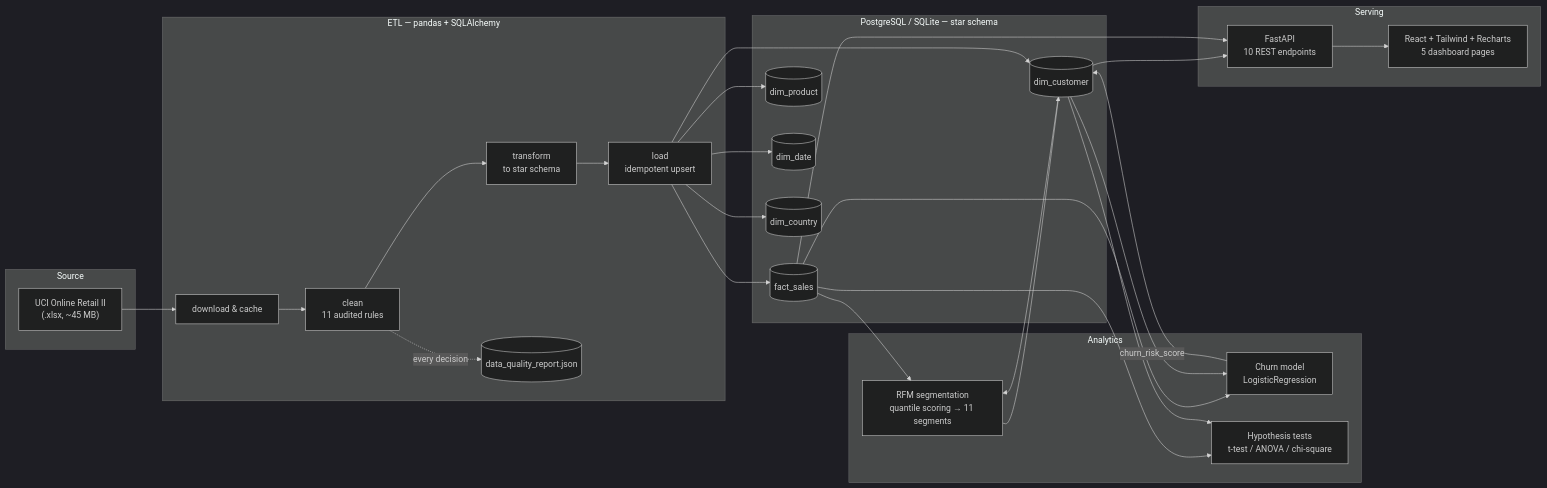
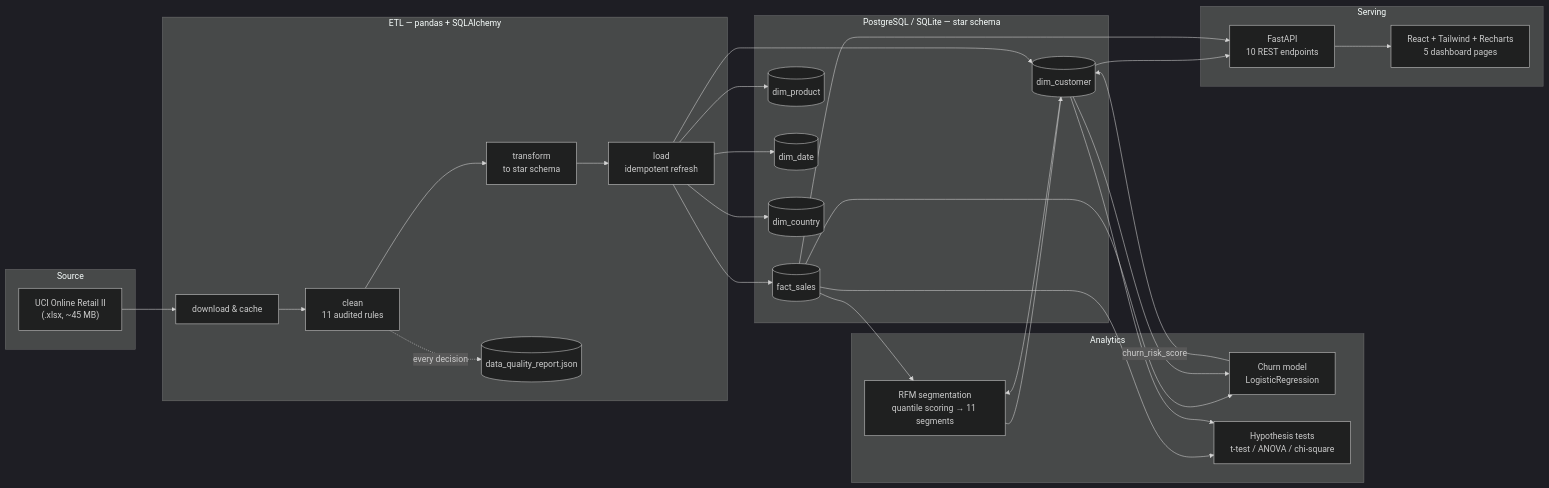
The diagram in README.md (pratyush-015/retail-customer-platform), drawn with Mermaid (dark theme) before and after one commit. The commit also changed other lines of this file and 3 other files, not shown here.

````diff
--- a/README.md
+++ b/README.md
@@ -42,41 +42,41 @@
 ```mermaid
 flowchart LR
     subgraph Source
         A["UCI Online Retail II<br/>(.xlsx, ~45 MB)"]
     end
 
     subgraph ETL["ETL — pandas + SQLAlchemy"]
         B[download & cache]
         C["clean<br/>11 audited rules"]
         D["transform<br/>to star schema"]
-        E["load<br/>idempotent upsert"]
+        E["load<br/>idempotent refresh"]
         B --> C --> D --> E
         C -.->|every decision| Q[(data_quality_report.json)]
     end
 
     subgraph Warehouse["PostgreSQL / SQLite — star schema"]
         F[(fact_sales)]
         G[(dim_customer)]
         H[(dim_product)]
         I[(dim_date)]
         J[(dim_country)]
     end
 
     subgraph Analytics
         K["RFM segmentation<br/>quantile scoring → 11 segments"]
         L["Churn model<br/>LogisticRegression"]
         M["Hypothesis tests<br/>t-test / ANOVA / chi-square"]
     end
 
     subgraph Serving
         N["FastAPI<br/>10 REST endpoints"]
         O["React + Tailwind + Recharts<br/>5 dashboard pages"]
     end
 
     A --> B
     E --> F & G & H & I & J
     F & G --> K --> G
     F & G --> L -->|churn_risk_score| G
     F & G --> M
     G & F --> N --> O
 ```
````
